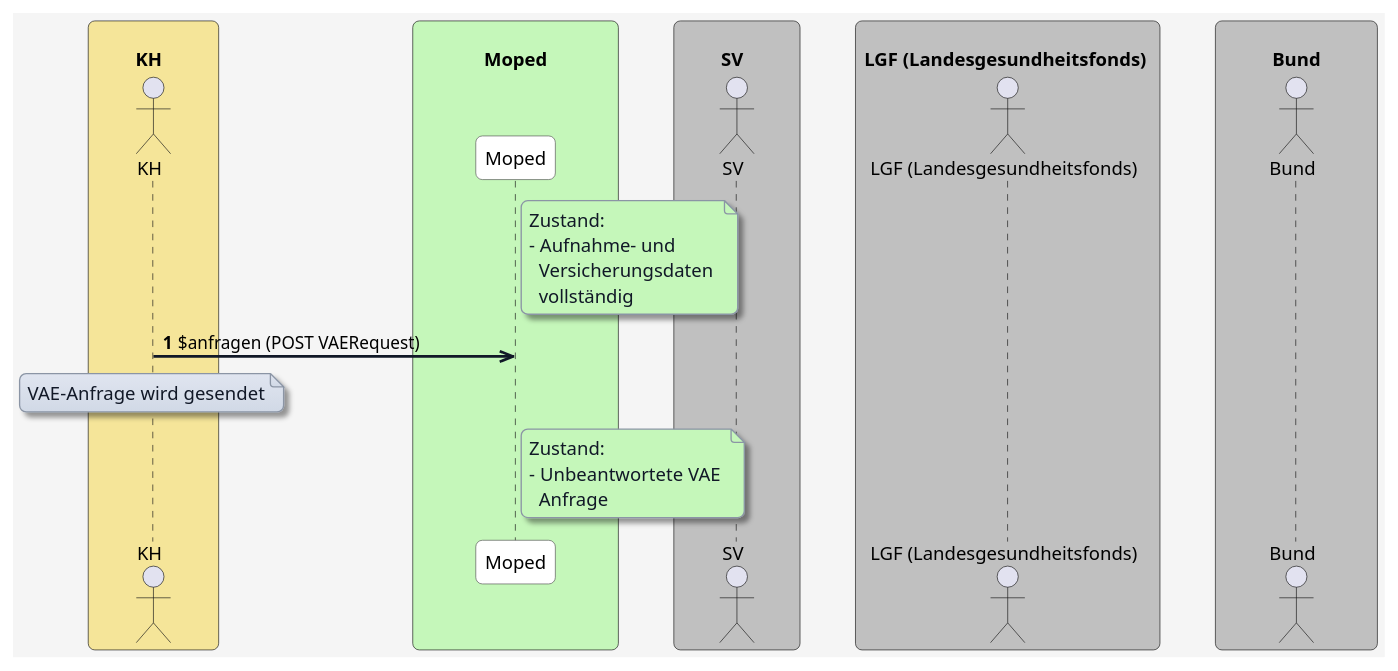
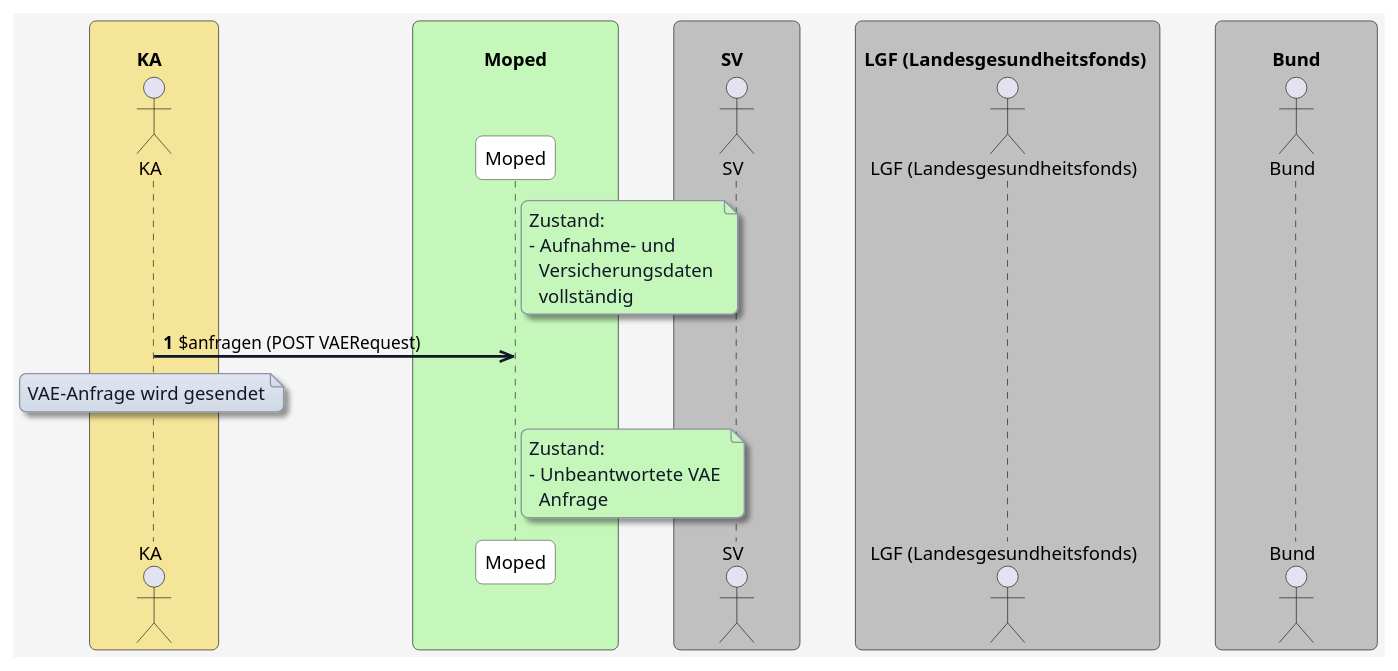
Before and after one commit to HL7Austria/ELGA-MOPED-R5: the diagram in plantuml/moped-fall-vae/vae-anfragen.plantuml, drawn with PlantUML. The commit also changed 184 other files, not shown here.

```diff
--- a/plantuml/moped-fall-vae/vae-anfragen.plantuml
+++ b/plantuml/moped-fall-vae/vae-anfragen.plantuml
@@ -1,82 +1,82 @@
 @startuml
 skinparam borderColor #000000
 skinparam backgroundColor #f5f5f5
 skinparam shadowing false
 skinparam roundCorner 10
 skinparam defaultFontName "Arial"
 skinparam defaultFontSize 14
 skinparam defaultFontColor #000000
 
 skinparam note {
   BackgroundColor #e0e5f0-#d1d9e6
   BorderColor #8b95a5
   BorderThickness 1
   RoundCorner 8
   Padding 6
   FontColor #111827
   Shadowing true
 }
 
 skinparam HyperlinkColor #0000EE
 skinparam HyperlinkUnderline false
 
 skinparam sequence {
   ParticipantBorderColor #555555
   ParticipantBackgroundColor #ffffff
   ParticipantFontColor #000000
   ParticipantFontSize 14
   ParticipantPadding 20
   ArrowColor #111827
   ArrowThickness 2
   ArrowFontColor #000000
   ArrowFontSize 13
   GroupBorderColor #111827
   GroupBackgroundColor #f3f4f6
   GroupBorderThickness 1
 }
 
 skinparam BoxPadding 20
 skinparam BoxBorderColor #555555
 
 
-box "\n         KH           " #f5e599
-  actor KH as "KH"
+box "\n         KA           " #f5e599
+  actor KA as "KA"
 end box
 
 box "\n              Moped              " #c5f7ba
   participant MP as "Moped"
 end box
 
 box "\n         SV           " #c0c0c0
   actor SV as "SV"
 end box
 
 box "\n LGF (Landesgesundheitsfonds)  " #c0c0c0
   actor LGF as "LGF (Landesgesundheitsfonds)"
 end box
 
 box "\n           Bund           " #c0c0c0
   actor Bund as "Bund"
 end box
 
 autonumber
 
 note right of MP #c5f7ba
 Zustand:
 - Aufnahme- und 
   Versicherungsdaten 
   vollständig
 end note
 
-KH ->> MP: $anfragen (POST VAERequest)
-note over KH
+KA ->> MP: $anfragen (POST VAERequest)
+note over KA
 VAE-Anfrage wird gesendet
 end note
 
 note right of MP #c5f7ba
 Zustand:
 - Unbeantwortete VAE 
   Anfrage
 end note
 
 @enduml
```
